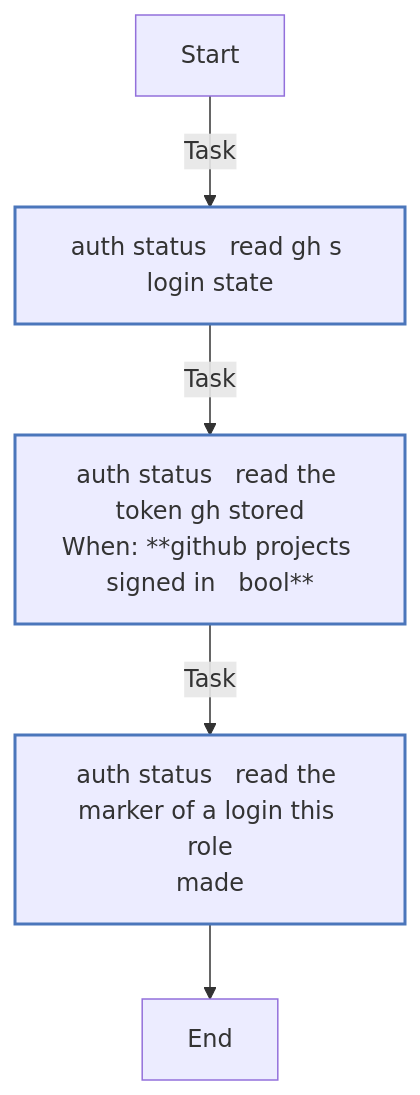
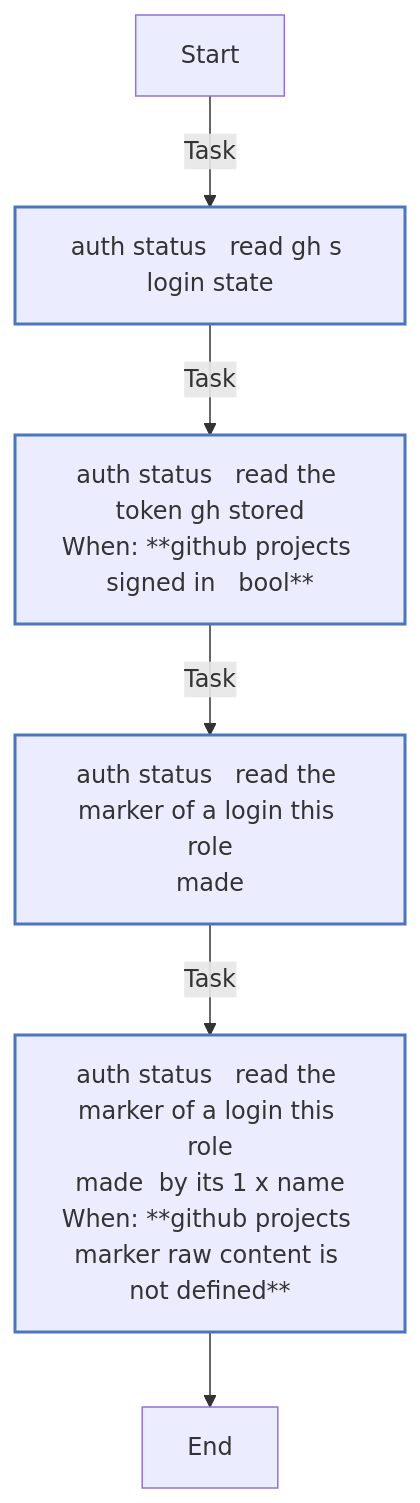
One commit to kawadeomkar/agent-warehouse changed the third of 11 diagrams in docs/reference/roles/github_projects.md. Above: the diagram before and after it, drawn with Mermaid. The commit also changed other lines of this file and 31 other files, not shown here.

````diff
--- a/docs/reference/roles/github_projects.md
+++ b/docs/reference/roles/github_projects.md
@@ -245,17 +250,18 @@
 ```mermaid
 flowchart TD
 Start
 classDef block stroke:#3498db,stroke-width:2px;
 classDef task stroke:#4b76bb,stroke-width:2px;
 classDef includeTasks stroke:#16a085,stroke-width:2px;
 classDef importTasks stroke:#34495e,stroke-width:2px;
 classDef includeRole stroke:#2980b9,stroke-width:2px;
 classDef importRole stroke:#699ba7,stroke-width:2px;
 classDef includeVars stroke:#8e44ad,stroke-width:2px;
 classDef rescue stroke:#665352,stroke-width:2px;
 
   Start-->|Task| auth_status___Read_gh_s_login_state0[auth status   read gh s login state]:::task
   auth_status___Read_gh_s_login_state0-->|Task| auth_status___Read_the_token_gh_stored1[auth status   read the token gh stored<br>When: **github projects signed in   bool**]:::task
   auth_status___Read_the_token_gh_stored1-->|Task| auth_status___Read_the_marker_of_a_login_this_role_made2[auth status   read the marker of a login this role<br>made]:::task
-  auth_status___Read_the_marker_of_a_login_this_role_made2-->End
+  auth_status___Read_the_marker_of_a_login_this_role_made2-->|Task| auth_status___Read_the_marker_of_a_login_this_role_made__by_its_1_x_name3[auth status   read the marker of a login this role<br>made  by its 1 x name<br>When: **github projects marker raw content is not defined**]:::task
+  auth_status___Read_the_marker_of_a_login_this_role_made__by_its_1_x_name3-->End
 ```
````
